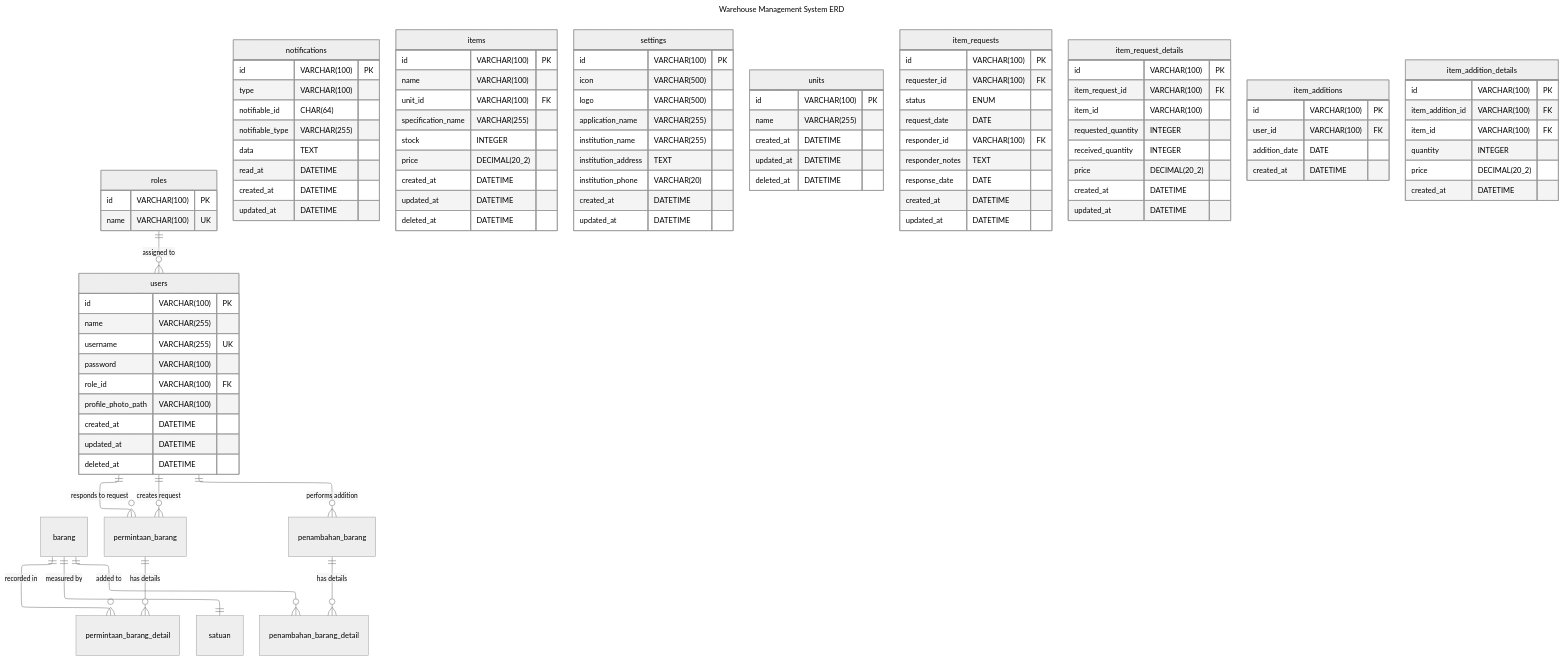
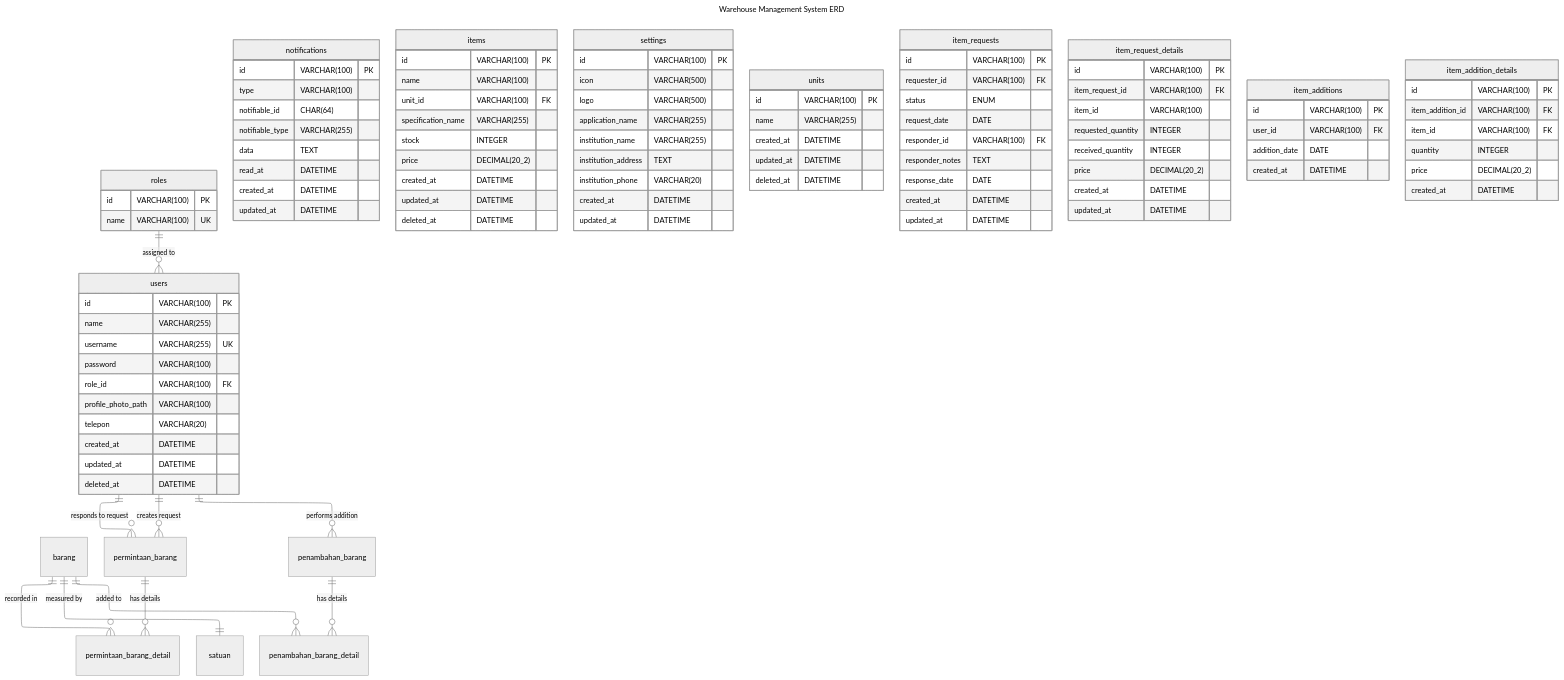
One commit to juntralala/e-atk changed the diagram in docs/erd.mermaid. Above: the diagram before and after it, drawn with Mermaid. The commit also changed 33 other files, not shown here.

```diff
--- a/docs/erd.mermaid
+++ b/docs/erd.mermaid
@@ -1,115 +1,116 @@
 ---
 title: Warehouse Management System ERD
 config:
   theme: neutral
   layout: elk
 ---
 erDiagram
     roles ||--o{ users : "assigned to"
     barang ||--o{ permintaan_barang_detail : "recorded in"
     barang ||--|| satuan : "measured by"
     users ||--o{ permintaan_barang : "creates request"
     users ||--o{ permintaan_barang : "responds to request"
     users ||--o{ penambahan_barang : "performs addition"
     permintaan_barang ||--o{ permintaan_barang_detail : "has details"
     penambahan_barang ||--o{ penambahan_barang_detail : "has details"
     barang ||--o{ penambahan_barang_detail : "added to"
     
     roles {
         id VARCHAR(100) PK
         name VARCHAR(100) UK
     }
     
     users {
         id VARCHAR(100) PK
         name VARCHAR(255)
         username VARCHAR(255) UK
         password VARCHAR(100)
         role_id VARCHAR(100) FK
         profile_photo_path VARCHAR(100)
+        telepon VARCHAR(20)
         created_at DATETIME
         updated_at DATETIME 
         deleted_at DATETIME 
     }
     
     notifications {
         id VARCHAR(100) PK
         type VARCHAR(100) 
         notifiable_id CHAR(64)
         notifiable_type VARCHAR(255)
         data TEXT
         read_at DATETIME
         created_at DATETIME 
         updated_at DATETIME 
     }
     
     items {
         id VARCHAR(100) PK 
         name VARCHAR(100)
         unit_id VARCHAR(100) FK 
         specification_name VARCHAR(255) 
         stock INTEGER 
         price DECIMAL(20_2)
         created_at DATETIME 
         updated_at DATETIME 
         deleted_at DATETIME 
     }
 
     settings {
         id VARCHAR(100) PK
         icon VARCHAR(500)
         logo VARCHAR(500)
         application_name VARCHAR(255) 
         institution_name VARCHAR(255)
         institution_address TEXT 
         institution_phone VARCHAR(20)
         created_at DATETIME 
         updated_at DATETIME 
     }
     
     units {
         id VARCHAR(100) PK 
         name VARCHAR(255)
         created_at DATETIME 
         updated_at DATETIME 
         deleted_at DATETIME
     }
     
     item_requests {
         id VARCHAR(100) PK 
         requester_id VARCHAR(100) FK 
         status ENUM 
         request_date DATE
         responder_id VARCHAR(100) FK 
         responder_notes TEXT 
         response_date DATE
         created_at DATETIME 
         updated_at DATETIME 
     }
     
     item_request_details {
         id VARCHAR(100) PK  
         item_request_id VARCHAR(100) FK 
         item_id VARCHAR(100) 
         requested_quantity INTEGER 
         received_quantity INTEGER 
         price DECIMAL(20_2)
         created_at DATETIME
         updated_at DATETIME
     }
     
     item_additions {
         id VARCHAR(100) PK
         user_id VARCHAR(100) FK 
         addition_date DATE
         created_at DATETIME 
     }
     
     item_addition_details {
         id VARCHAR(100) PK  
         item_addition_id VARCHAR(100) FK
         item_id VARCHAR(100) FK
         quantity INTEGER 
         price DECIMAL(20_2)
         created_at DATETIME
     }
```
